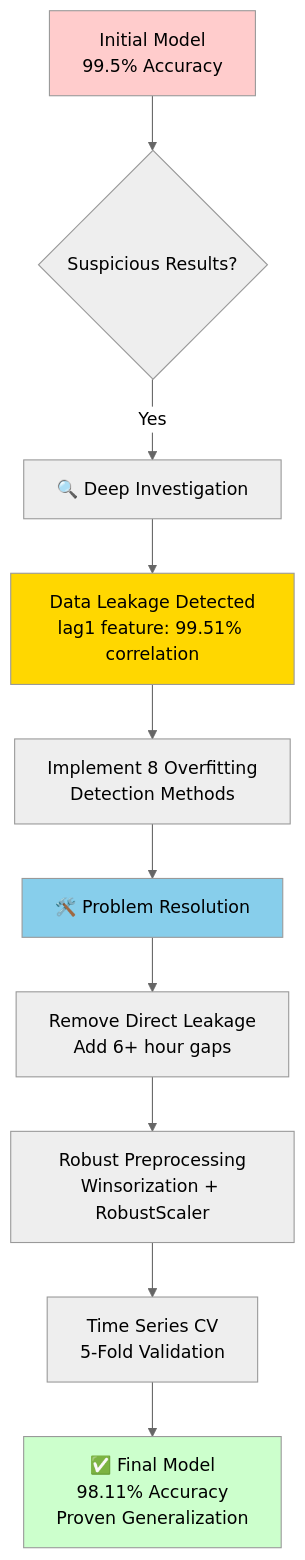
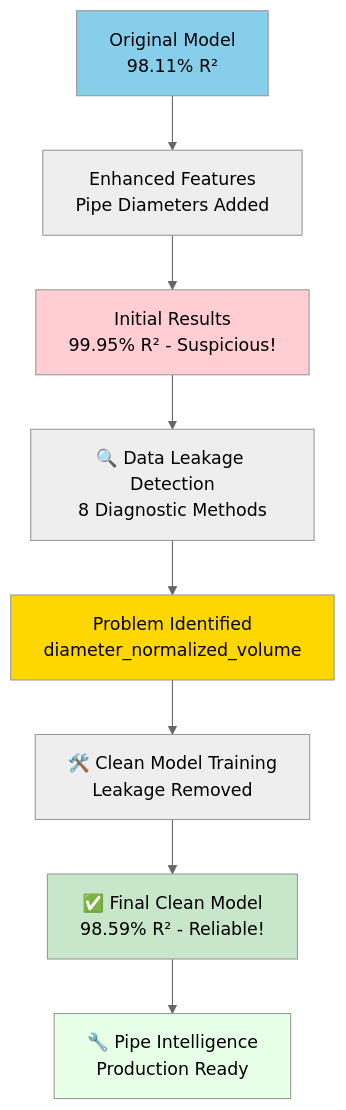
Before and after one commit to GameHelix/centipede: the second of 13 diagrams in README.md, drawn with Mermaid (neutral theme). The commit also changed other lines of this file, not shown here.

````diff
--- a/README.md
+++ b/README.md
@@ -62,17 +64,16 @@
 ```mermaid
 flowchart TD
-    A[Initial Model<br/>99.5% Accuracy] --> B{Suspicious Results?}
-    B -->|Yes| C[🔍 Deep Investigation]
-    C --> D[Data Leakage Detected<br/>lag1 feature: 99.51% correlation]
-    D --> E[Implement 8 Overfitting<br/>Detection Methods]
-    E --> F[🛠️ Problem Resolution]
-    F --> G[Remove Direct Leakage<br/>Add 6+ hour gaps]
-    G --> H[Robust Preprocessing<br/>Winsorization + RobustScaler]
-    H --> I[Time Series CV<br/>5-Fold Validation]
-    I --> J[✅ Final Model<br/>98.11% Accuracy<br/>Proven Generalization]
+    A[Original Model<br/>98.11% R²] --> B[Enhanced Features<br/>Pipe Diameters Added]
+    B --> C[Initial Results<br/>99.95% R² - Suspicious!]
+    C --> D[🔍 Data Leakage Detection<br/>8 Diagnostic Methods]
+    D --> E[Problem Identified<br/>diameter_normalized_volume]
+    E --> F[🛠️ Clean Model Training<br/>Leakage Removed]
+    F --> G[✅ Final Clean Model<br/>98.59% R² - Reliable!]
+    G --> H[🔧 Pipe Intelligence<br/>Production Ready]
     
-    style A fill:#ffcccc
-    style J fill:#ccffcc
-    style D fill:#ffd700
-    style F fill:#87ceeb
+    style A fill:#87ceeb
+    style C fill:#ffcdd2
+    style E fill:#ffd700
+    style G fill:#c8e6c9
+    style H fill:#e6ffe6
 ```
````
